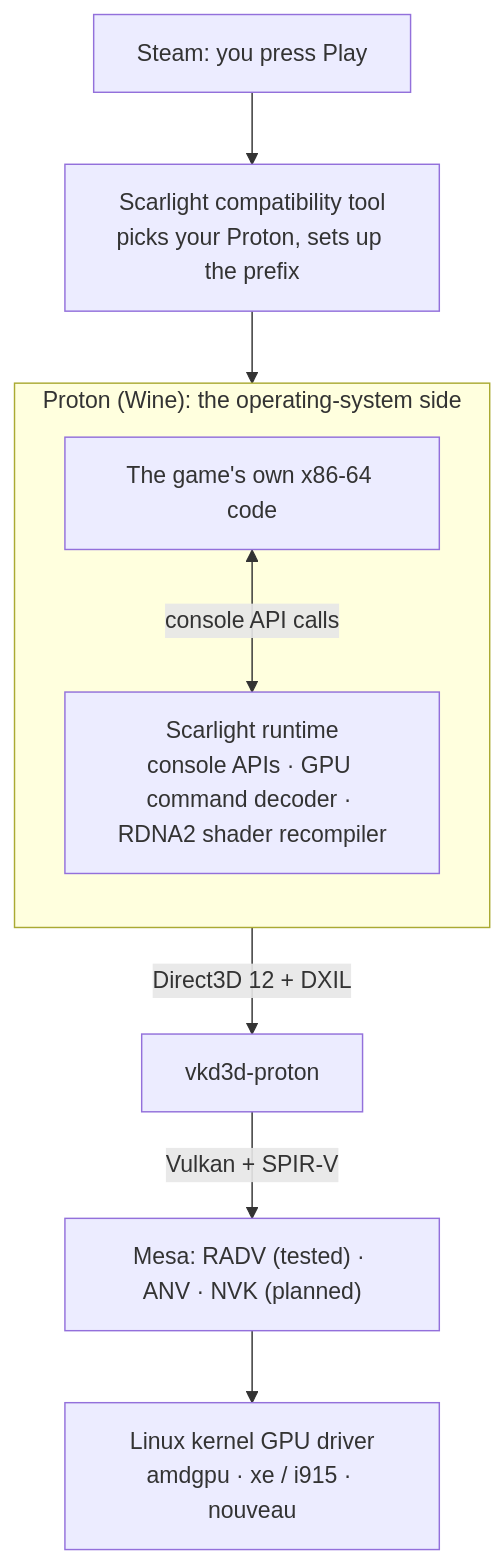
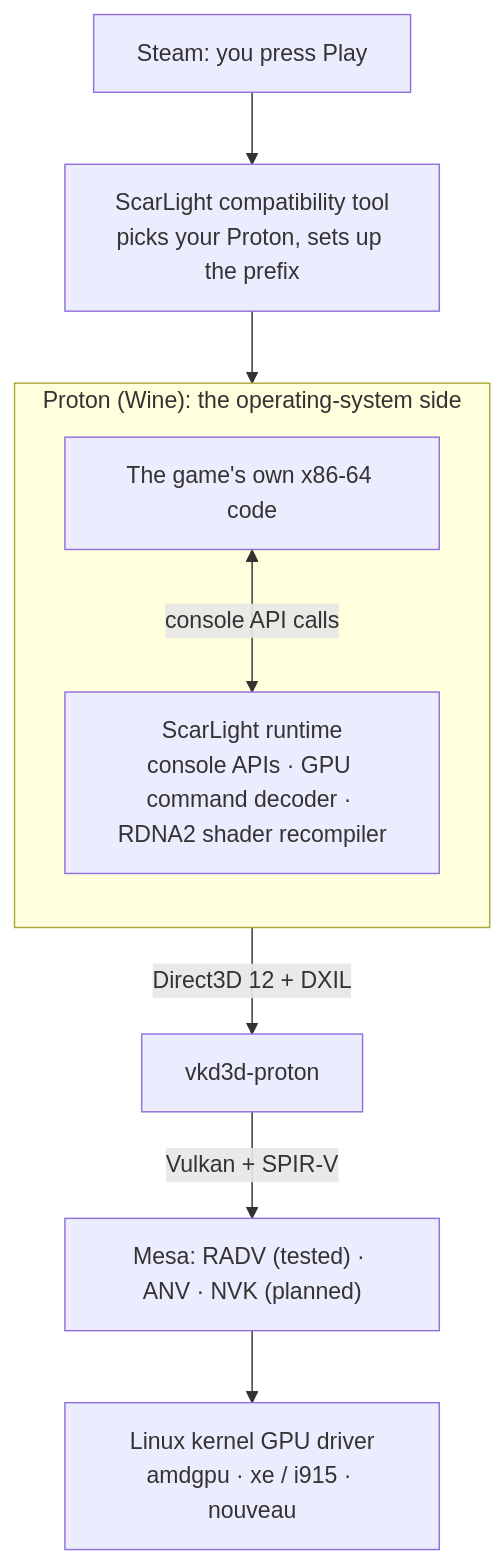
The diagram in README.md (pablogonz12/Scarlight), drawn with Mermaid before and after one commit. The commit also changed other lines of this file and 22 other files, not shown here.

Commit message:
Docs: write the name as ScarLight, add per-release changelog and a development log

````diff
--- a/README.md
+++ b/README.md
@@ -134,12 +134,12 @@
 ```mermaid
 flowchart TB
-    S["Steam: you press Play"] --> T["Scarlight compatibility tool<br/>picks your Proton, sets up the prefix"]
+    S["Steam: you press Play"] --> T["ScarLight compatibility tool<br/>picks your Proton, sets up the prefix"]
     T --> P
     subgraph P["Proton (Wine): the operating-system side"]
         direction TB
-        G["The game's own x86-64 code"] <-->|"console API calls"| R["Scarlight runtime<br/>console APIs · GPU command decoder · RDNA2 shader recompiler"]
+        G["The game's own x86-64 code"] <-->|"console API calls"| R["ScarLight runtime<br/>console APIs · GPU command decoder · RDNA2 shader recompiler"]
     end
     R -->|"Direct3D 12 + DXIL"| V["vkd3d-proton"]
     V -->|"Vulkan + SPIR-V"| M["Mesa: RADV (tested) · ANV · NVK (planned)"]
     M --> K["Linux kernel GPU driver<br/>amdgpu · xe / i915 · nouveau"]
 ```
````
